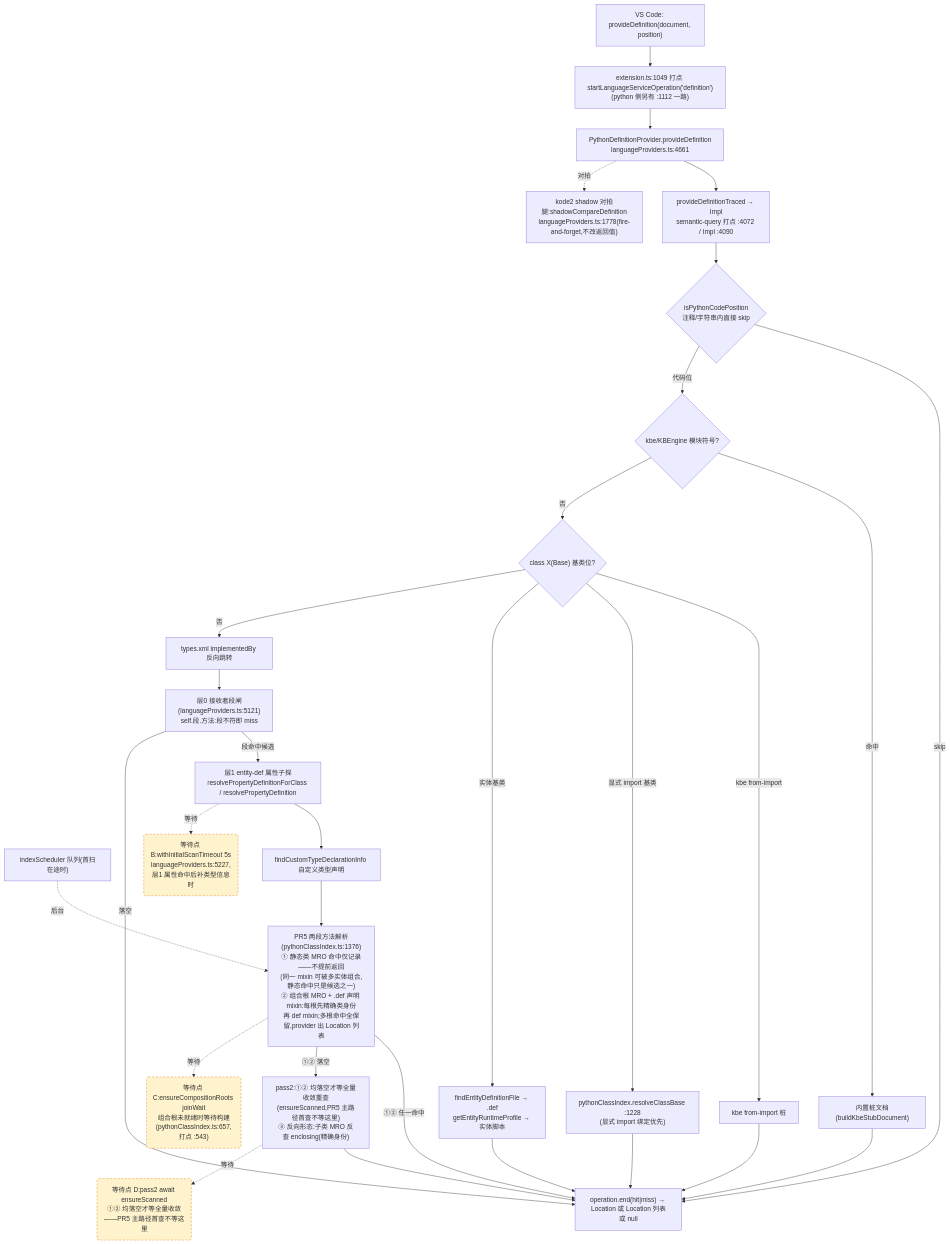
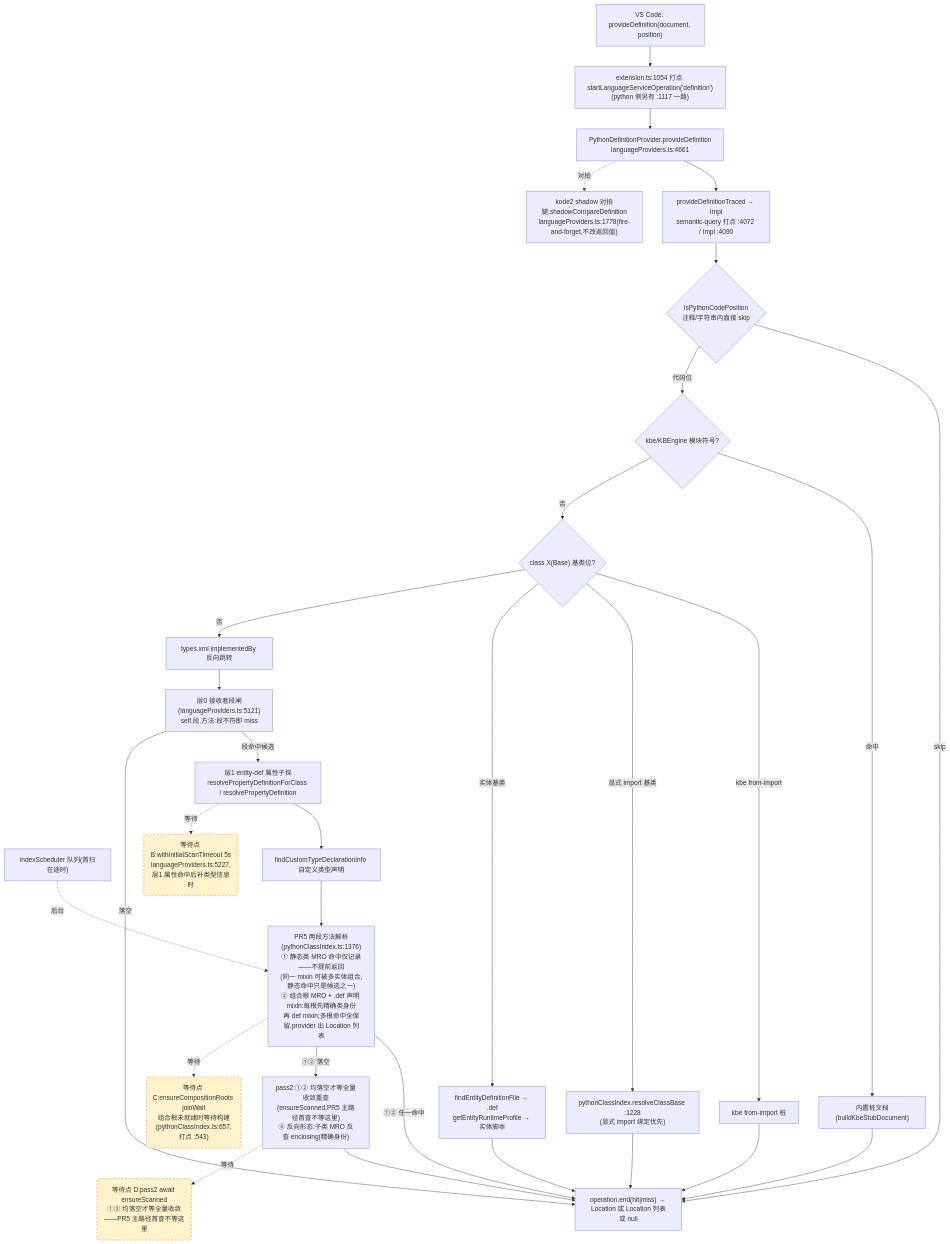
The second of 4 diagrams in docs/perf/2026-baseline.md (cuihairu/kode), drawn with Mermaid before and after one commit. The commit also changed other lines of this file and 7 other files, not shown here.

````diff
--- a/docs/perf/2026-baseline.md
+++ b/docs/perf/2026-baseline.md
@@ -130,51 +130,51 @@
 ```mermaid
 flowchart TD
   VC2["VS Code: provideDefinition(document, position)"]
-  M2["extension.ts:1049 打点 startLanguageServiceOperation('definition')<br/>(python 侧另有 :1112 一路)"]
+  M2["extension.ts:1054 打点 startLanguageServiceOperation('definition')<br/>(python 侧另有 :1117 一路)"]
   AD2["PythonDefinitionProvider.provideDefinition<br/>languageProviders.ts:4661"]
   TR["provideDefinitionTraced → Impl<br/>semantic-query 打点 :4072 / Impl :4090"]
   CTX{"isPythonCodePosition<br/>注释/字符串内直接 skip"}
   KBE{"kbe/KBEngine 模块符号?"}
   STUB["内置桩文档(buildKbeStubDocument)"]
   CB{"class X(Base) 基类位?"}
   CB1["kbe from-import 桩"]
   CB2["pythonClassIndex.resolveClassBase :1228<br/>(显式 import 绑定优先)"]
   CB3["findEntityDefinitionFile → .def<br/>getEntityRuntimeProfile → 实体脚本"]
   REV["types.xml implementedBy 反向跳转"]
   L0["层0 接收者段闸(languageProviders.ts:5121)<br/>self.段.方法:段不符即 miss"]
   L1["层1 entity-def 属性子探<br/>resolvePropertyDefinitionForClass / resolvePropertyDefinition"]
   SCAN["indexScheduler 队列(首扫在途时)"]
   TY["findCustomTypeDeclarationInfo 自定义类型声明"]
   MRO["PR5 两段方法解析(pythonClassIndex.ts:1376)<br/>① 静态类 MRO 命中仅记录——不提前返回<br/>(同一 mixin 可被多实体组合,静态命中只是候选之一)<br/>② 组合根 MRO + .def 声明 mixin:每根先精确类身份<br/>再 def mixin;多根命中全保留,provider 出 Location 列表"]
   PASS2["pass2:①② 均落空才等全量收敛重查<br/>(ensureScanned,PR5 主路径首查不等这里)<br/>③ 反向形态:子类 MRO 反查 enclosing(精确身份)"]
   SHD["kode2 shadow 对拍腿:shadowCompareDefinition<br/>languageProviders.ts:1778(fire-and-forget,不改返回值)"]
   END2["operation.end(hit|miss) → Location 或 Location 列表或 null"]
 
   VC2 --> M2 --> AD2 --> TR --> CTX
   CTX -- "skip" --> END2
   CTX -- "代码位" --> KBE
   KBE -- "命中" --> STUB --> END2
   KBE -- "否" --> CB
   CB -- "kbe from-import" --> CB1 --> END2
   CB -- "显式 import 基类" --> CB2 --> END2
   CB -- "实体基类" --> CB3 --> END2
   CB -- "否" --> REV --> L0
   L0 -- "段命中候选" --> L1
   L0 -- "落空" --> END2
   L1 --> TY
   TY --> MRO
   MRO -- "①② 任一命中" --> END2
   MRO -- "①② 落空" --> PASS2 --> END2
   AD2 -.->|对拍| SHD
 
   WAITB("等待点 B:withInitialScanTimeout 5s<br/>languageProviders.ts:5227,层1 属性命中后补类型信息时")
   WAITC("等待点 C:ensureCompositionRoots joinWait<br/>组合根未就绪时等待构建(pythonClassIndex.ts:657,打点 :543)")
   WAITD("等待点 D:pass2 await ensureScanned<br/>①② 均落空才等全量收敛——PR5 主路径首查不等这里")
   L1 -.->|等待| WAITB
   MRO -.->|等待| WAITC
   PASS2 -.->|等待| WAITD
   SCAN -.->|后台| MRO
 
   classDef waitPoint fill:#fff3cd,stroke:#d97706,stroke-dasharray:5 4;
   class WAITB,WAITC,WAITD waitPoint;
 ```
````
